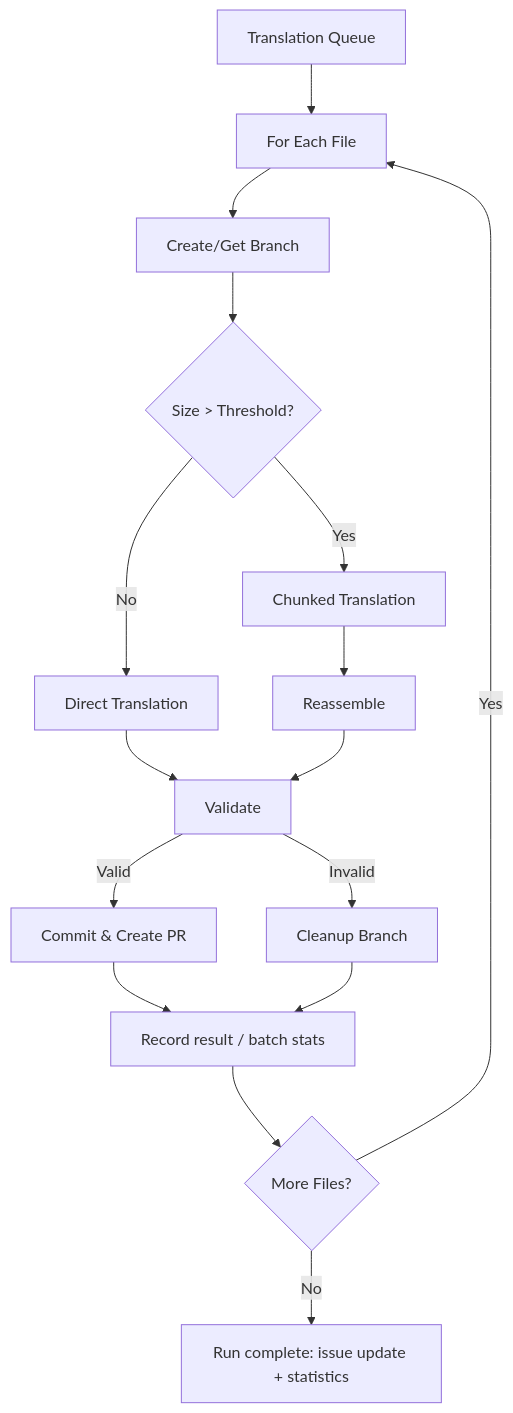
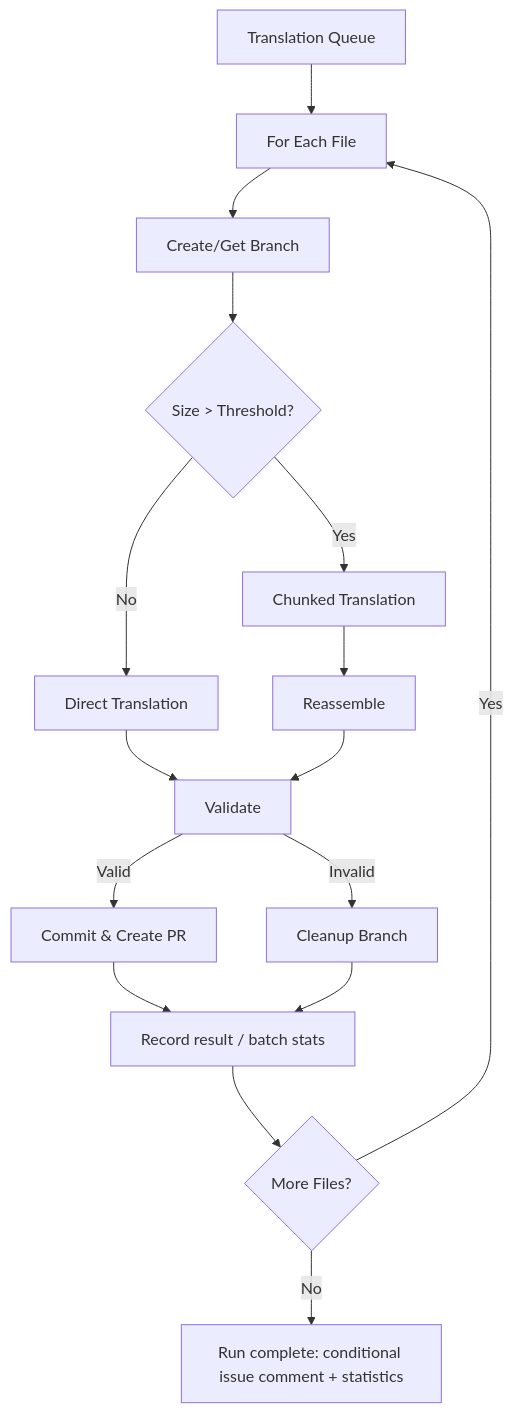
One commit to NivaldoFarias/translate-react changed the eighth of 9 diagrams in docs/WORKFLOW.md. Above: the diagram before and after it, drawn with Mermaid. The commit also changed other lines of this file and 9 other files, not shown here.

````diff
--- a/docs/WORKFLOW.md
+++ b/docs/WORKFLOW.md
@@ -230,18 +257,18 @@
 ```mermaid
 flowchart TD
     A[Translation Queue] --> B[For Each File]
     B --> C[Create/Get Branch]
     C --> D{Size > Threshold?}
     D -->|Yes| E[Chunked Translation]
     D -->|No| F[Direct Translation]
     E --> G[Reassemble]
     F --> H[Validate]
     G --> H
     H -->|Valid| I[Commit & Create PR]
     H -->|Invalid| J[Cleanup Branch]
     I --> K[Record result / batch stats]
     J --> K
     K --> L{More Files?}
     L -->|Yes| B
-    L -->|No| M[Run complete: issue update + statistics]
+    L -->|No| M[Run complete: conditional issue comment + statistics]
 ```
````
